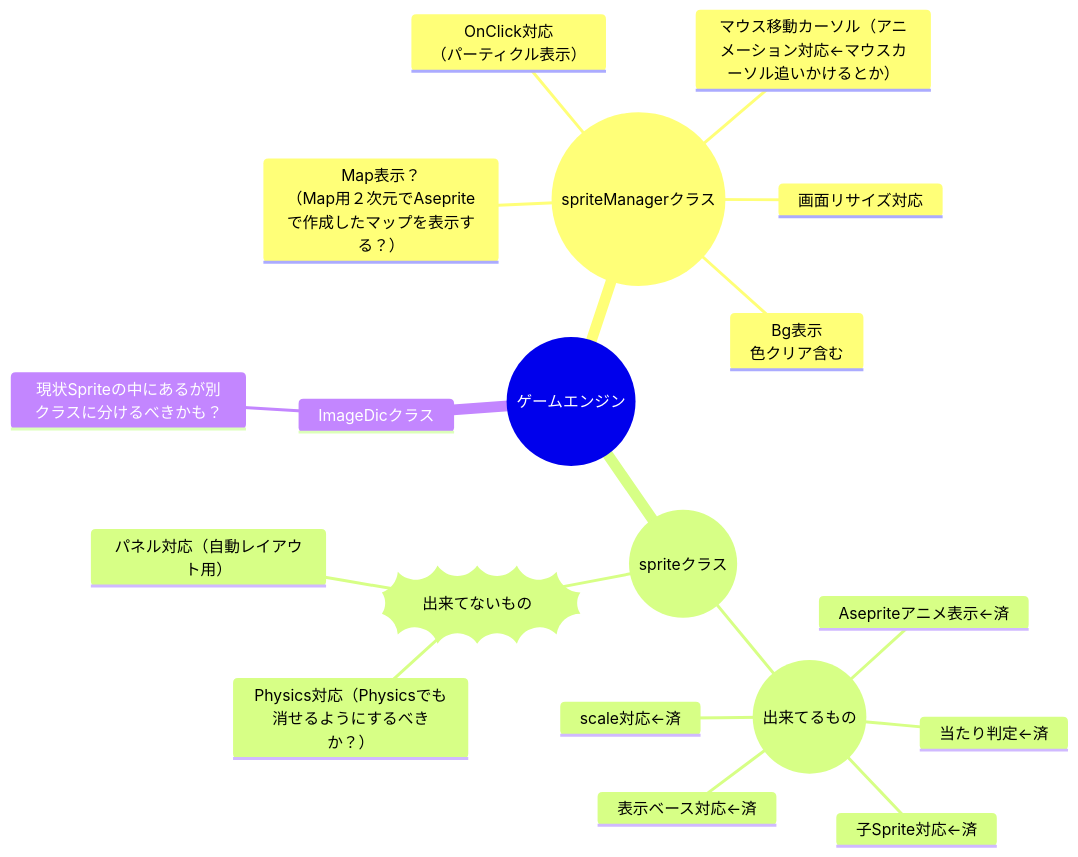
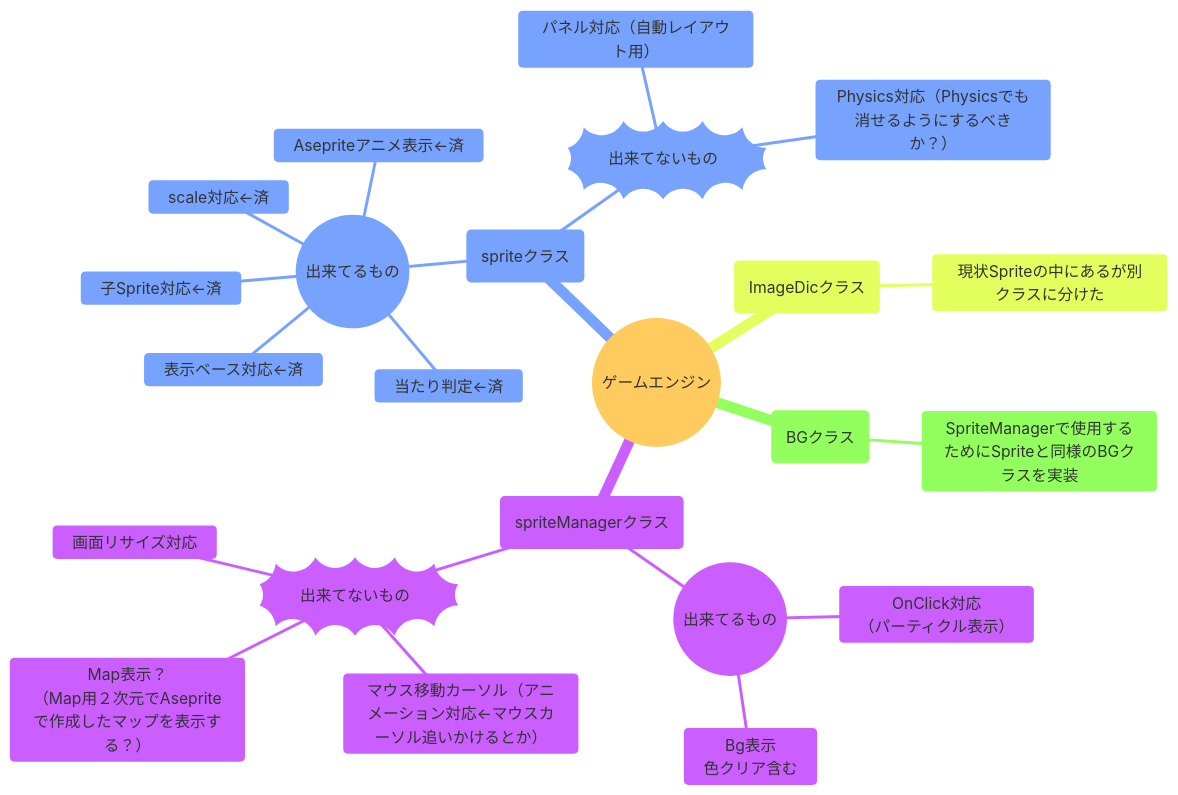
Before and after one commit to ChaosReadman/NovelEngine: the diagram in README.md, drawn with Mermaid. The commit also changed other lines of this file and 2 other files, not shown here.

Commit message:
画像入れ替え＋マインドマップ修正

````diff
--- a/README.md
+++ b/README.md
@@ -4,23 +6,29 @@
 ```mermaid
+%%{init:{'theme':'base'}}%%
+
 mindmap
 top((ゲームエンジン))
-    ((spriteManagerクラス))
-        OnClick対応<br>（パーティクル表示）
-        マウス移動カーソル（アニメーション対応←マウスカーソル追いかけるとか）
-        Bg表示<br>色クリア含む
-        Map表示？<br>（Map用２次元でAsepriteで作成したマップを表示する？）
-        画面リサイズ対応
-    ((spriteクラス))
-        ((出来てるもの))
+    SpriteManager(spriteManagerクラス)
+        Finished((出来てるもの))
+            OnClick対応<br>（パーティクル表示）
+            Bg表示<br>色クリア含む
+        NotFinishd))出来てないもの((
+            マウス移動カーソル（アニメーション対応←マウスカーソル追いかけるとか）
+            Map表示？<br>（Map用２次元でAsepriteで作成したマップを表示する？）
+            画面リサイズ対応
+    Sprite(spriteクラス)
+        Finished((出来てるもの))
             scale対応←済
             表示ベース対応←済
             当たり判定←済
             Asepriteアニメ表示←済
             子Sprite対応←済
-        ))出来てないもの((
+        NotFinishd))出来てないもの((
             パネル対応（自動レイアウト用）
             Physics対応（Physicsでも消せるようにするべきか？）
-    ImageDicクラス
-        現状Spriteの中にあるが別クラスに分けるべきかも？
+    ImageDic(ImageDicクラス)
+        現状Spriteの中にあるが別クラスに分けた
+    BG(BGクラス)
+        SpriteManagerで使用するためにSpriteと同様のBGクラスを実装
 
 ```
````
